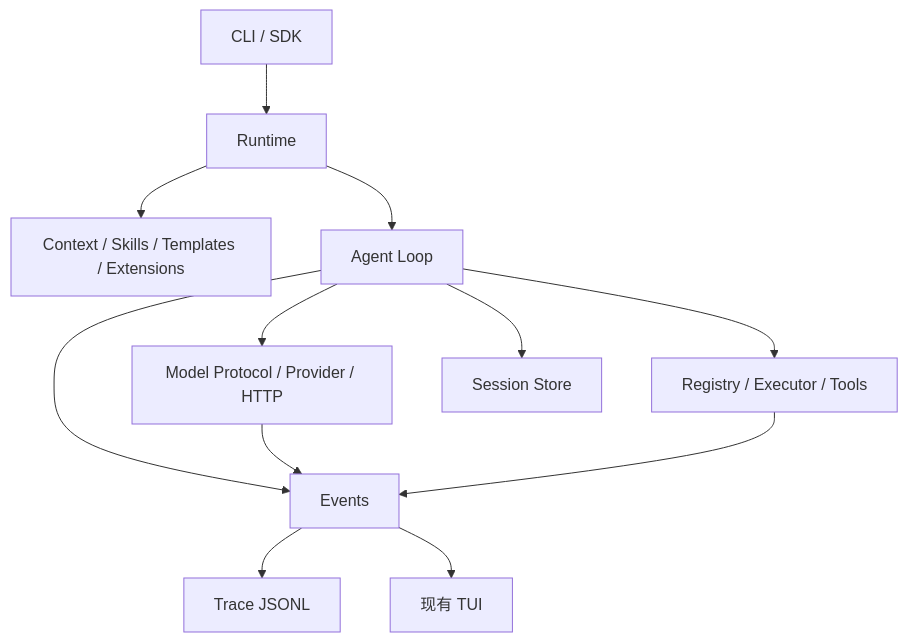
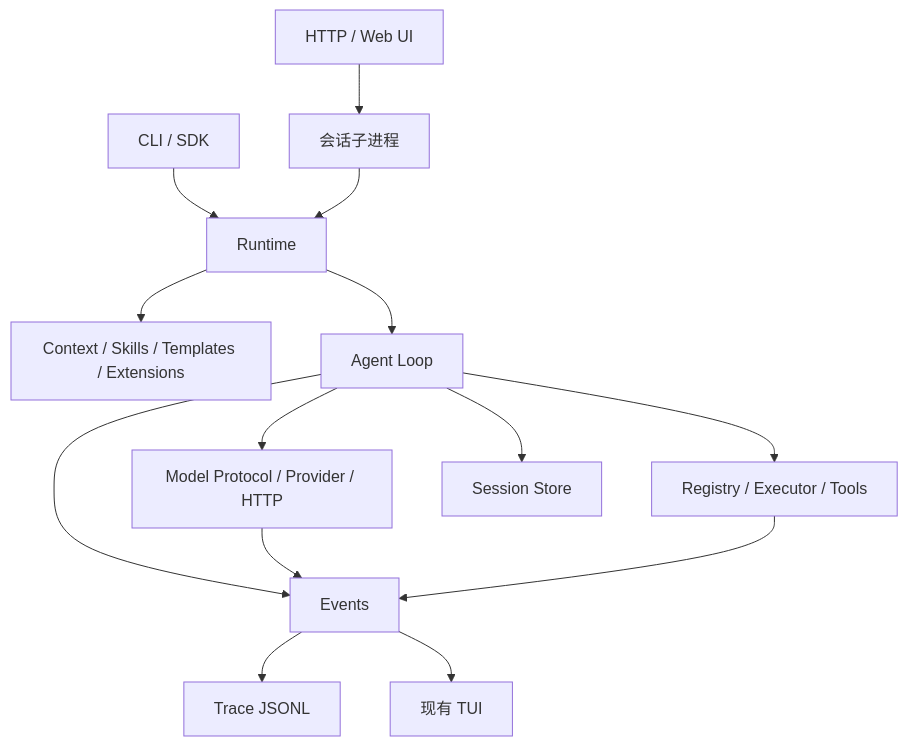
Before and after one commit to Zongyuan-Cai/transparent-agent: the diagram in docs/architecture.md, drawn with Mermaid. The commit also changed other lines of this file and 127 other files, not shown here.

````diff
--- a/docs/architecture.md
+++ b/docs/architecture.md
@@ -3,14 +3,16 @@
 ```mermaid
 flowchart TD
     CLI[CLI / SDK] --> Runtime[Runtime]
+    Web[HTTP / Web UI] --> Worker[会话子进程]
+    Worker --> Runtime
     Runtime --> Resources[Context / Skills / Templates / Extensions]
     Runtime --> Agent[Agent Loop]
     Agent --> Model[Model Protocol / Provider / HTTP]
     Agent --> Tools[Registry / Executor / Tools]
     Agent --> Session[Session Store]
     Agent --> Events[Events]
     Model --> Events
     Tools --> Events
     Events --> Trace[Trace JSONL]
     Events --> TUI[现有 TUI]
 ```
````
